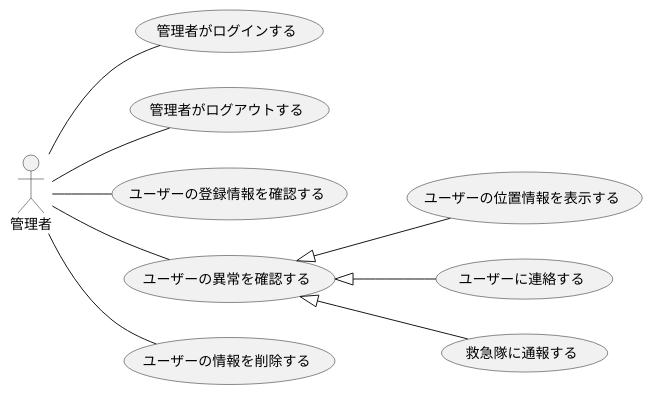
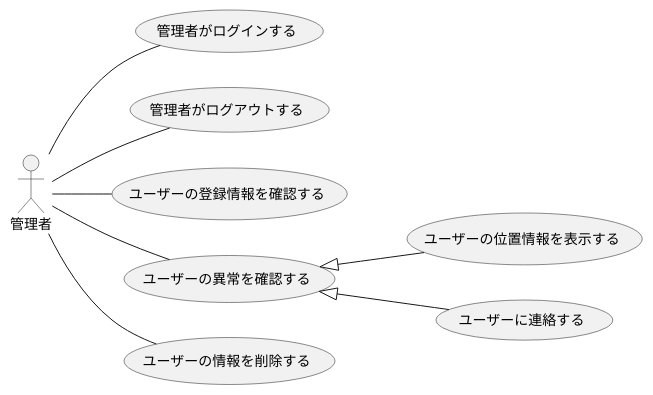
The diagram in F_usecase_admin.plantuml (ksw2270227/GroupF), drawn with PlantUML before and after one commit.

Commit message:
斉藤編集

```diff
--- a/F_usecase_admin.plantuml
+++ b/F_usecase_admin.plantuml
@@ -1,16 +1,14 @@
 @startuml 管理者
 left to right direction
 actor 管理者
 
 管理者 -- (管理者がログインする)
 管理者 -- (管理者がログアウトする)
 管理者 -- (ユーザーの登録情報を確認する)
 管理者 -- (ユーザーの異常を確認する)
 管理者 -- (ユーザーの情報を削除する)
 
 (ユーザーの異常を確認する) <|-- (ユーザーの位置情報を表示する)
 (ユーザーの異常を確認する) <|-- (ユーザーに連絡する)
-(ユーザーの異常を確認する) <|-- (救急隊に通報する)
-
 
 @enduml
```
